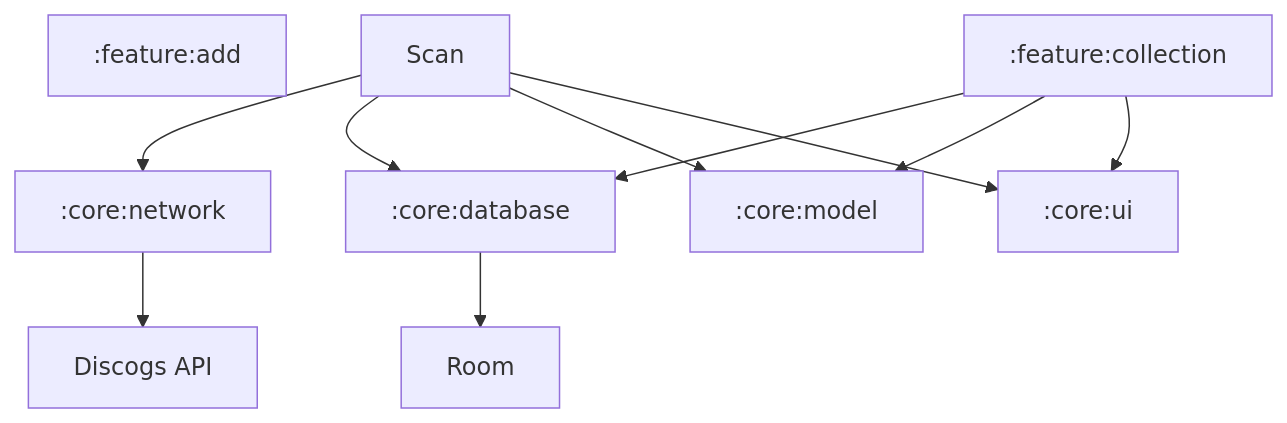
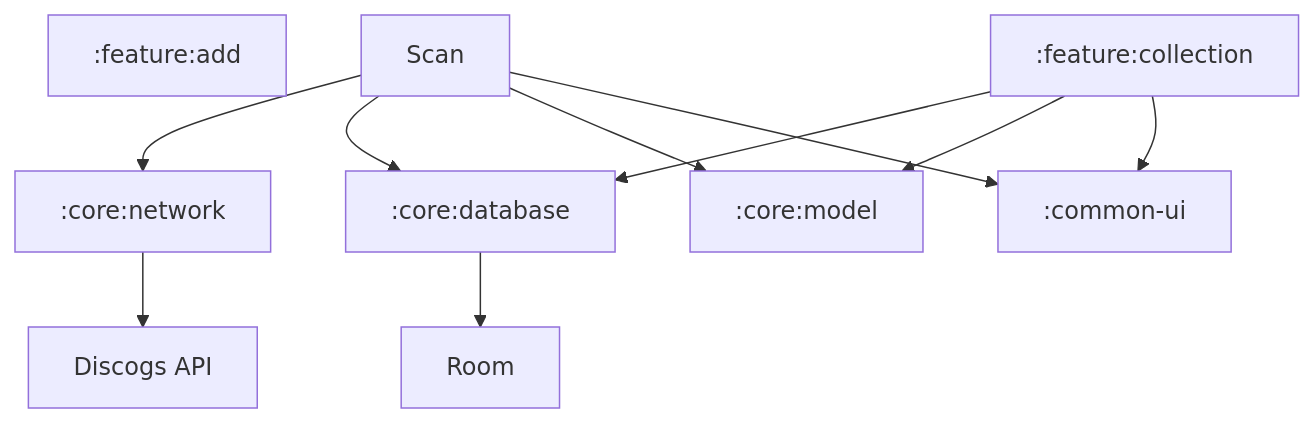
The diagram in README.md (constant-i/CdVinylCatalog), drawn with Mermaid before and after one commit. The commit also changed other lines of this file and 63 other files, not shown here.

````diff
--- a/README.md
+++ b/README.md
@@ -50,25 +50,25 @@
 ```mermaid
 graph TD
     Add[:feature:add]
     Coll[:feature:collection]
     
     Network[:core:network]
     Database[:core:database]
     Model[:core:model]
-    Ui[:core:ui]
+    Ui[:common-ui]
     
     Api[Discogs API]
     Room[Room]
     
     Scan --> Network
     Scan --> Database
     Scan --> Model
     Scan --> Ui
     
     Coll --> Database
     Coll --> Model
     Coll --> Ui
     
     Network --> Api
     Database --> Room
 ```
````
